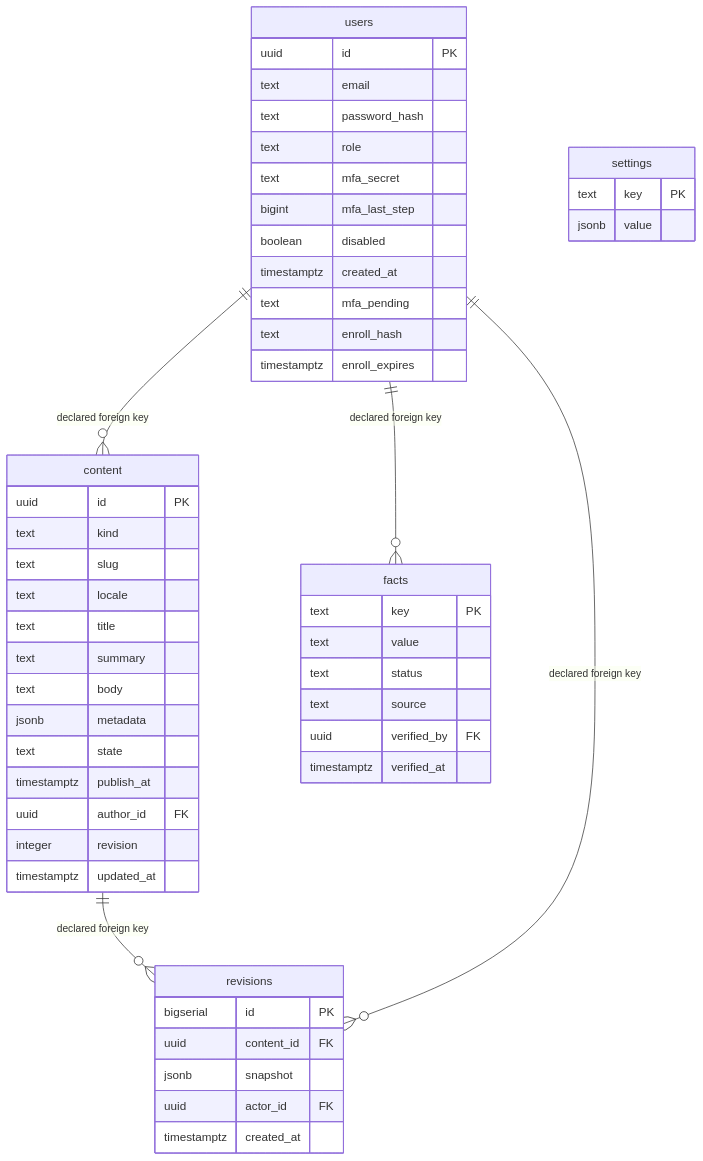
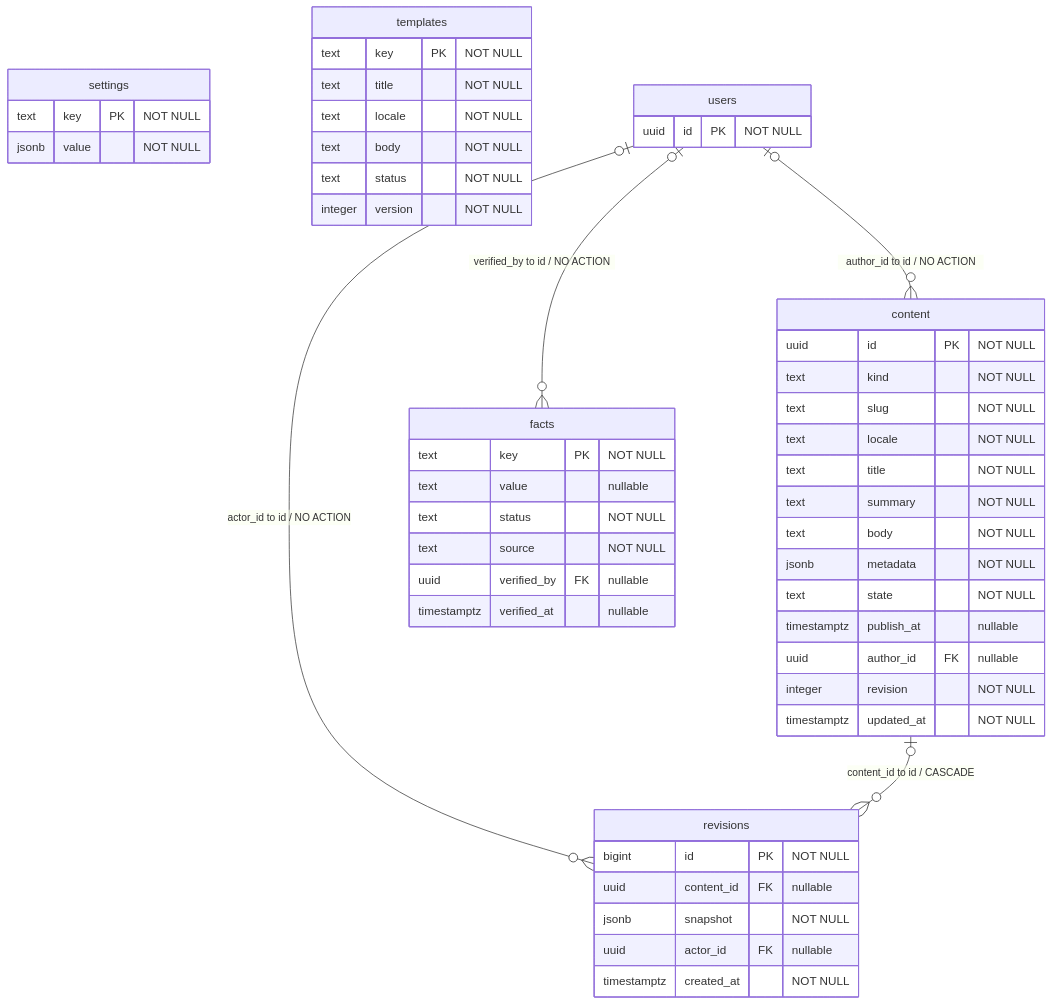
One commit to DruHustle/onesa-ai-platform changed the diagram in docs/diagrams/portal-database-content.mmd. Above: the diagram before and after it, drawn with Mermaid. The commit also changed 25 other files, not shown here.

Commit message:
docs: refresh Portal schema and protected identity references

```diff
--- a/docs/diagrams/portal-database-content.mmd
+++ b/docs/diagrams/portal-database-content.mmd
@@ -1,52 +1,51 @@
+%% Portal source schema SHA256: 7fe751ef30a47ee8fa6d9f23416eb48dea97e0e90c6c5fdcc97cd0c656fd0d86
 erDiagram
-  users {
-    uuid id PK
-    text email
-    text password_hash
-    text role
-    text mfa_secret
-    bigint mfa_last_step
-    boolean disabled
-    timestamptz created_at
-    text mfa_pending
-    text enroll_hash
-    timestamptz enroll_expires
+  content {
+    uuid id PK "NOT NULL"
+    text kind "NOT NULL"
+    text slug "NOT NULL"
+    text locale "NOT NULL"
+    text title "NOT NULL"
+    text summary "NOT NULL"
+    text body "NOT NULL"
+    jsonb metadata "NOT NULL"
+    text state "NOT NULL"
+    timestamptz publish_at "nullable"
+    uuid author_id FK "nullable"
+    integer revision "NOT NULL"
+    timestamptz updated_at "NOT NULL"
   }
-  content {
-    uuid id PK
-    text kind
-    text slug
-    text locale
-    text title
-    text summary
-    text body
-    jsonb metadata
-    text state
-    timestamptz publish_at
-    uuid author_id FK
-    integer revision
-    timestamptz updated_at
+  facts {
+    text key PK "NOT NULL"
+    text value "nullable"
+    text status "NOT NULL"
+    text source "NOT NULL"
+    uuid verified_by FK "nullable"
+    timestamptz verified_at "nullable"
   }
   revisions {
-    bigserial id PK
-    uuid content_id FK
-    jsonb snapshot
-    uuid actor_id FK
-    timestamptz created_at
-  }
-  facts {
-    text key PK
-    text value
-    text status
-    text source
-    uuid verified_by FK
-    timestamptz verified_at
+    bigint id PK "NOT NULL"
+    uuid content_id FK "nullable"
+    jsonb snapshot "NOT NULL"
+    uuid actor_id FK "nullable"
+    timestamptz created_at "NOT NULL"
   }
   settings {
-    text key PK
-    jsonb value
+    text key PK "NOT NULL"
+    jsonb value "NOT NULL"
   }
-  users ||--o{ content : "declared foreign key"
-  content ||--o{ revisions : "declared foreign key"
-  users ||--o{ revisions : "declared foreign key"
-  users ||--o{ facts : "declared foreign key"
+  templates {
+    text key PK "NOT NULL"
+    text title "NOT NULL"
+    text locale "NOT NULL"
+    text body "NOT NULL"
+    text status "NOT NULL"
+    integer version "NOT NULL"
+  }
+  users {
+    uuid id PK "NOT NULL"
+  }
+  users o|--o{ content : "author_id to id / NO ACTION"
+  users o|--o{ facts : "verified_by to id / NO ACTION"
+  users o|--o{ revisions : "actor_id to id / NO ACTION"
+  content o|--o{ revisions : "content_id to id / CASCADE"
```
